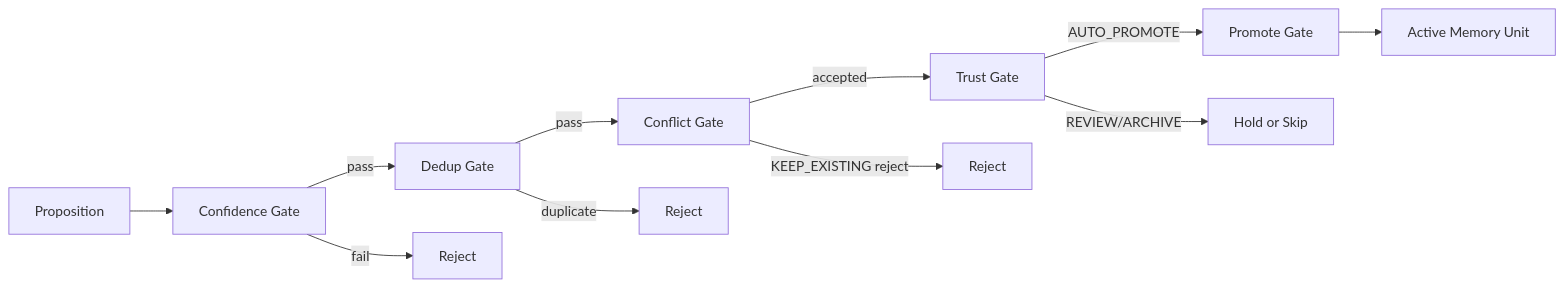
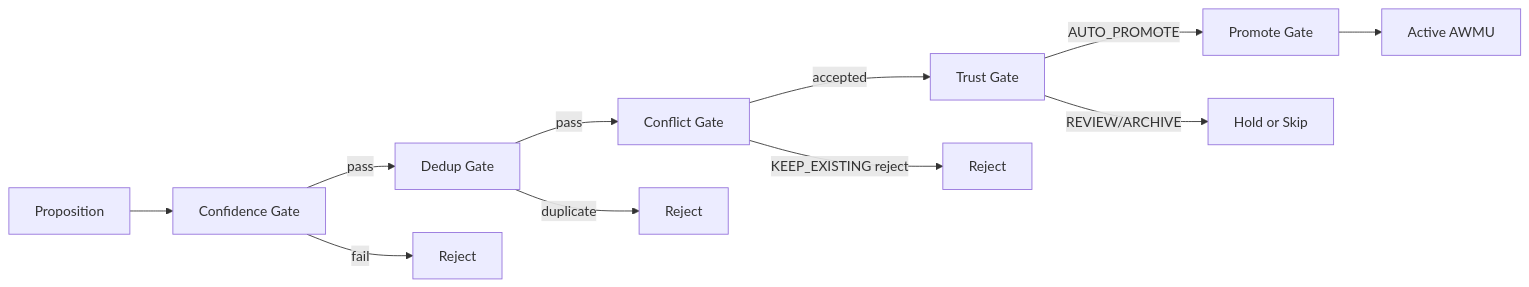
Before and after one commit to jimador/arc-mem: the first of 3 diagrams in docs/promotion-revision-supersession.md, drawn with Mermaid. The commit also changed other lines of this file and 125 other files, not shown here.

````diff
--- a/docs/promotion-revision-supersession.md
+++ b/docs/promotion-revision-supersession.md
@@ -13,13 +13,13 @@
 ```mermaid
 flowchart LR
     P["Proposition"] --> G1["Confidence Gate"]
     G1 -->|pass| G2["Dedup Gate"]
     G1 -->|fail| R1["Reject"]
     G2 -->|pass| G3["Conflict Gate"]
     G2 -->|duplicate| R2["Reject"]
     G3 -->|accepted| G4["Trust Gate"]
     G3 -->|KEEP_EXISTING reject| R3["Reject"]
     G4 -->|AUTO_PROMOTE| G5["Promote Gate"]
     G4 -->|REVIEW/ARCHIVE| R4["Hold or Skip"]
-    G5 --> A["Active Memory Unit"]
+    G5 --> A["Active AWMU"]
 ```
````
